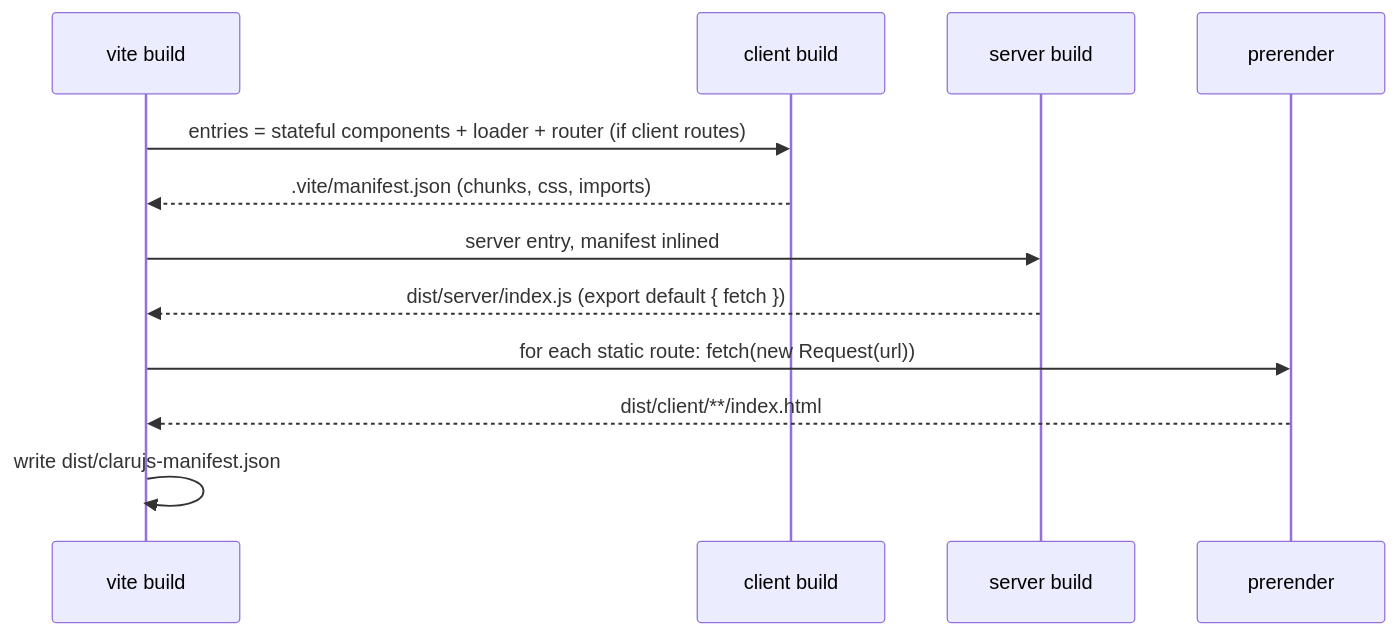
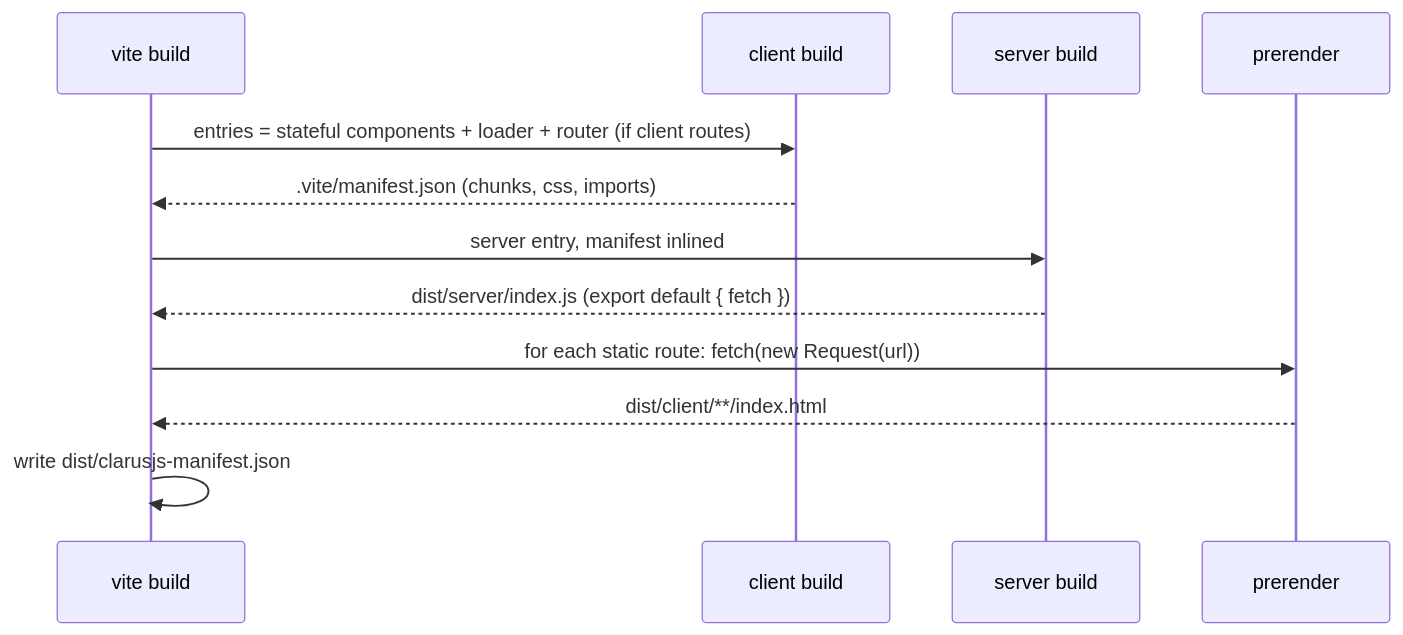
Before and after one commit to forinda/clarusjs: the seventh of 8 diagrams in docs/architecture.md, drawn with Mermaid. The commit also changed other lines of this file and 28 other files, not shown here.

````diff
--- a/docs/architecture.md
+++ b/docs/architecture.md
@@ -406,14 +406,14 @@
 ```mermaid
 sequenceDiagram
   participant V as vite build
   participant CB as client build
   participant SB as server build
   participant P as prerender
   V->>CB: entries = stateful components + loader + router (if client routes)
   CB-->>V: .vite/manifest.json (chunks, css, imports)
   V->>SB: server entry, manifest inlined
   SB-->>V: dist/server/index.js  (export default { fetch })
   V->>P: for each static route: fetch(new Request(url))
   P-->>V: dist/client/**/index.html
-  V->>V: write dist/clarujs-manifest.json
+  V->>V: write dist/clarusjs-manifest.json
 ```
````
